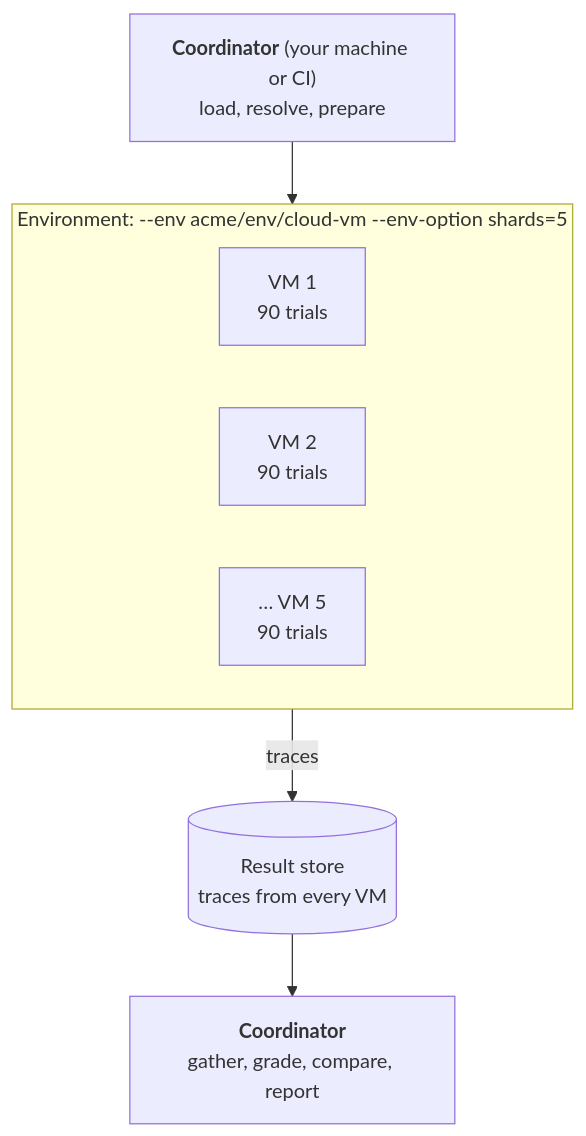
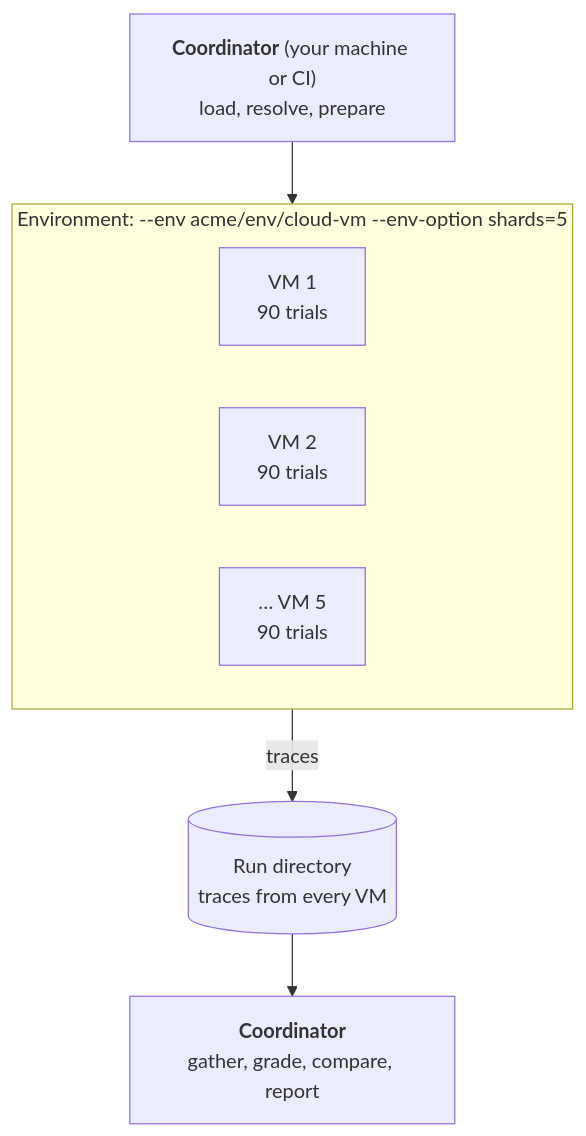
One commit to gleanwork/mcp-server-tester changed the third of 4 diagrams in docs/design/explainer.md. Above: the diagram before and after it, drawn with Mermaid. The commit also changed other lines of this file and 18 other files, not shown here.

````diff
--- a/docs/design/explainer.md
+++ b/docs/design/explainer.md
@@ -169,15 +171,15 @@
 ```mermaid
 flowchart TD
   prep["<b>Coordinator</b> (your machine or CI)<br/>load, resolve, prepare"]
   subgraph env["Environment: --env acme/env/cloud-vm --env-option shards=5"]
     direction LR
     vm1["VM 1<br/>90 trials"]
     vm2["VM 2<br/>90 trials"]
     vm5["… VM 5<br/>90 trials"]
   end
-  store[("Result store<br/>traces from every VM")]
+  store[("Run directory<br/>traces from every VM")]
   post["<b>Coordinator</b><br/>gather, grade, compare, report"]
   prep --> env
   env -- traces --> store
   store --> post
 ```
````
